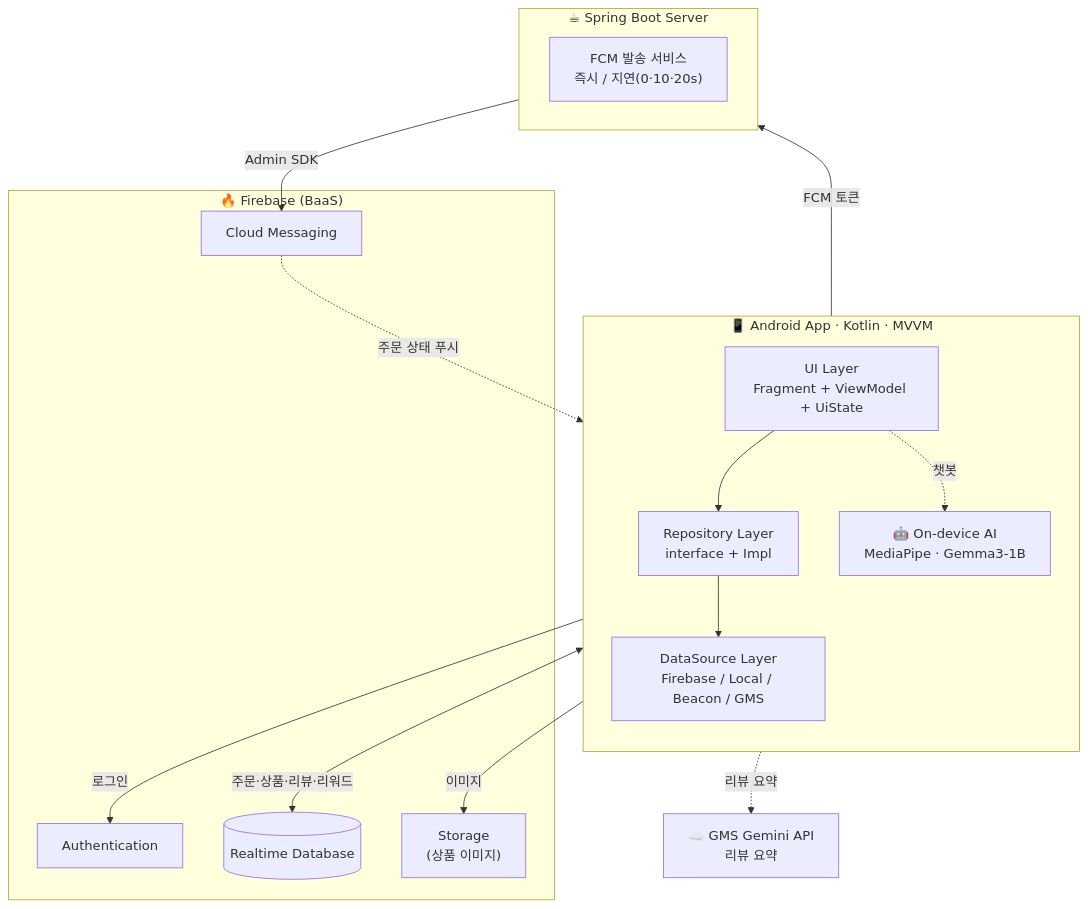
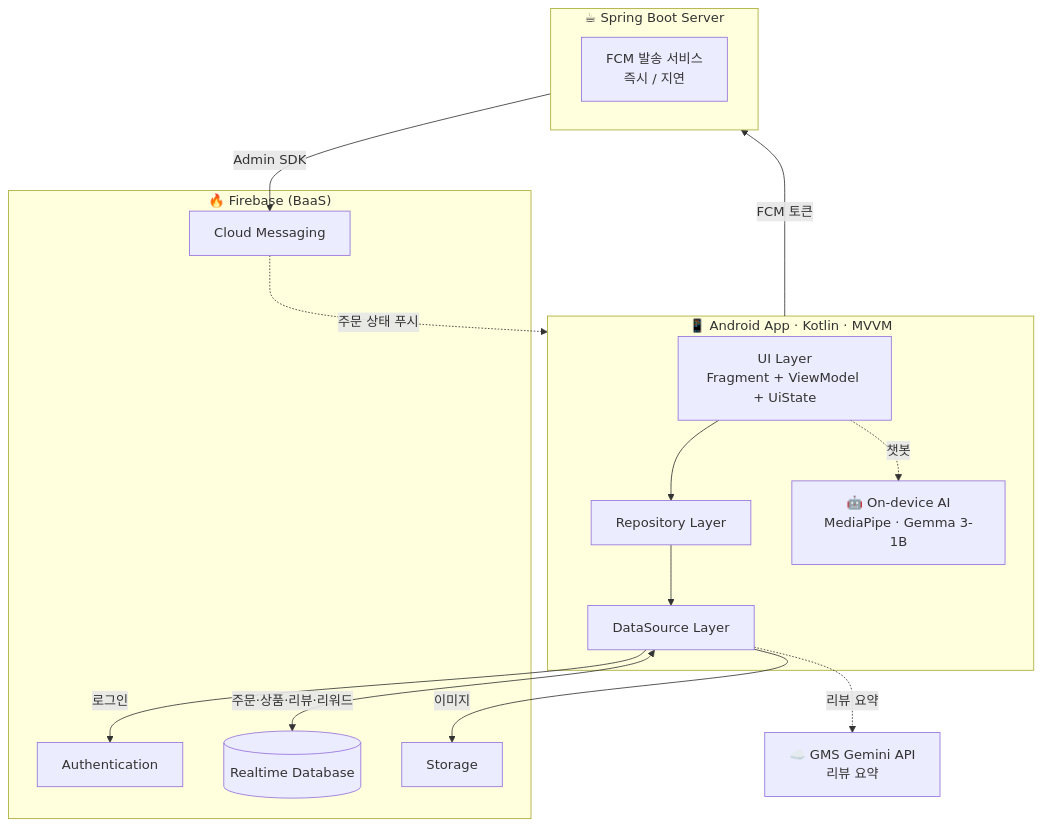
Before and after one commit to SSAFY14-ChocoPick/chocopick: the diagram in README.md, drawn with Mermaid. The commit also changed other lines of this file and 1 other file, not shown here.

````diff
--- a/README.md
+++ b/README.md
@@ -89,33 +245,32 @@
 ```mermaid
 flowchart TB
     subgraph Client["📱 Android App · Kotlin · MVVM"]
-        direction TB
         UI["UI Layer<br/>Fragment + ViewModel + UiState"]
-        Repo["Repository Layer<br/>interface + Impl"]
-        DS["DataSource Layer<br/>Firebase / Local / Beacon / GMS"]
-        AI["🤖 On-device AI<br/>MediaPipe · Gemma3-1B"]
+        Repo["Repository Layer"]
+        DS["DataSource Layer"]
+        AI["🤖 On-device AI<br/>MediaPipe · Gemma 3-1B"]
         UI --> Repo --> DS
         UI -. 챗봇 .-> AI
     end
 
     subgraph Firebase["🔥 Firebase (BaaS)"]
         Auth["Authentication"]
         RTDB[("Realtime Database")]
-        Storage["Storage<br/>(상품 이미지)"]
+        Storage["Storage"]
         FCM["Cloud Messaging"]
     end
 
     subgraph Server["☕ Spring Boot Server"]
-        FCMSvc["FCM 발송 서비스<br/>즉시 / 지연(0·10·20s)"]
+        FCMSvc["FCM 발송 서비스<br/>즉시 / 지연"]
     end
 
     GMS["☁️ GMS Gemini API<br/>리뷰 요약"]
 
     DS -->|로그인| Auth
     DS <-->|주문·상품·리뷰·리워드| RTDB
     DS -->|이미지| Storage
     DS -. 리뷰 요약 .-> GMS
     Client -->|FCM 토큰| Server
     Server -->|Admin SDK| FCM
     FCM -. 주문 상태 푸시 .-> Client
 ```
````
